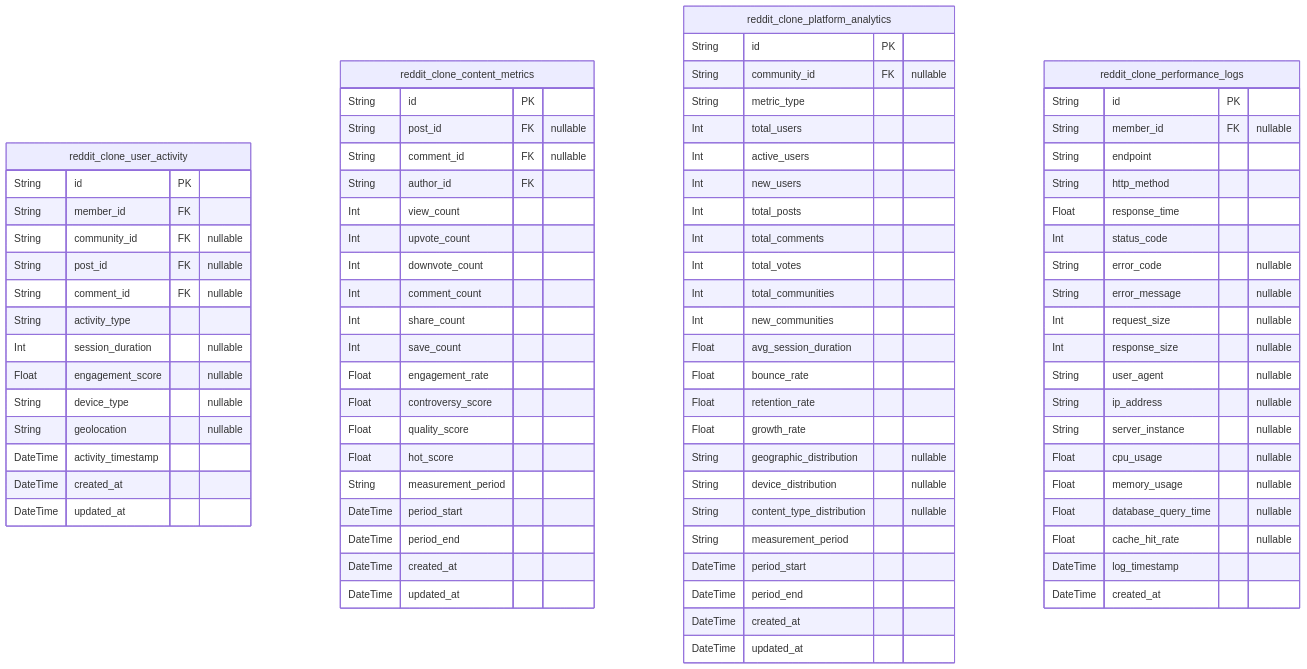
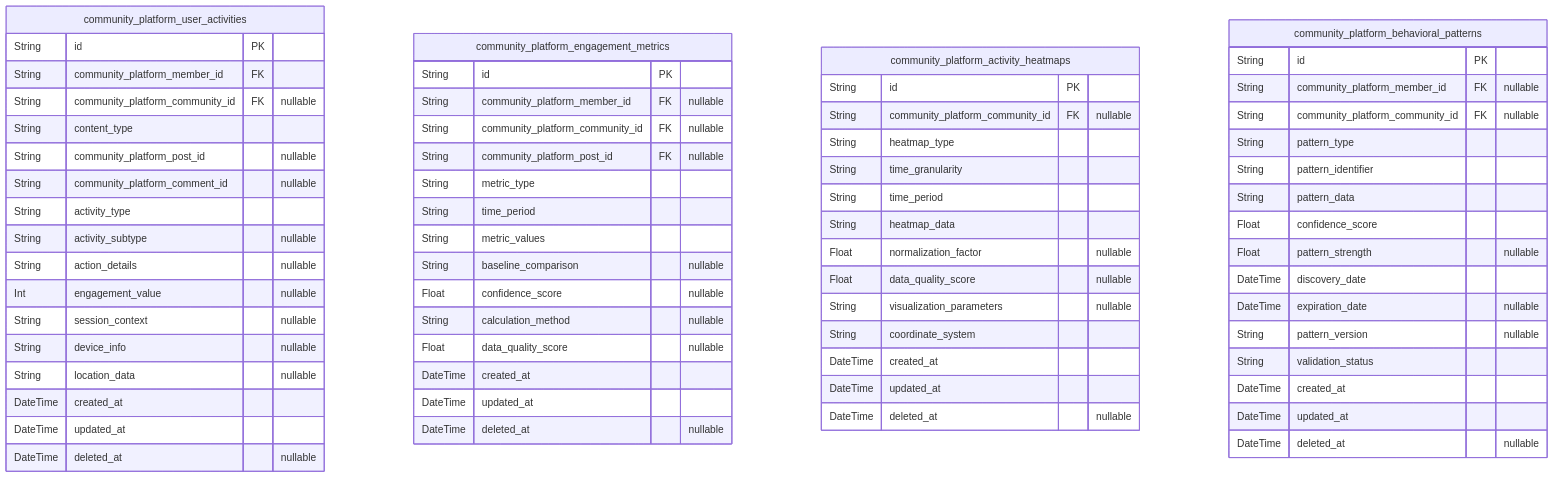
One commit to wrtnlabs/autobe-examples changed the ninth of 10 diagrams in deepseek/deepseek-v3.1-terminus-exacto/reddit/docs/ERD.md. Above: the diagram before and after it, drawn with Mermaid. The commit also changed other lines of this file and 22498 other files, not shown here.

````diff
--- a/deepseek/deepseek-v3.1-terminus-exacto/reddit/docs/ERD.md
+++ b/deepseek/deepseek-v3.1-terminus-exacto/reddit/docs/ERD.md
@@ -1396,85 +2279,69 @@
 ```mermaid
 erDiagram
-"reddit_clone_user_activity" {
+"community_platform_user_activities" {
   String id PK
-  String member_id FK
-  String community_id FK "nullable"
-  String post_id FK "nullable"
-  String comment_id FK "nullable"
+  String community_platform_member_id FK
+  String community_platform_community_id FK "nullable"
+  String content_type
+  String community_platform_post_id "nullable"
+  String community_platform_comment_id "nullable"
   String activity_type
-  Int session_duration "nullable"
-  Float engagement_score "nullable"
-  String device_type "nullable"
-  String geolocation "nullable"
-  DateTime activity_timestamp
+  String activity_subtype "nullable"
+  String action_details "nullable"
+  Int engagement_value "nullable"
+  String session_context "nullable"
+  String device_info "nullable"
+  String location_data "nullable"
   DateTime created_at
   DateTime updated_at
+  DateTime deleted_at "nullable"
 }
-"reddit_clone_content_metrics" {
+"community_platform_engagement_metrics" {
   String id PK
-  String post_id FK "nullable"
-  String comment_id FK "nullable"
-  String author_id FK
-  Int view_count
-  Int upvote_count
-  Int downvote_count
-  Int comment_count
-  Int share_count
-  Int save_count
-  Float engagement_rate
-  Float controversy_score
-  Float quality_score
-  Float hot_score
-  String measurement_period
-  DateTime period_start
-  DateTime period_end
+  String community_platform_member_id FK "nullable"
+  String community_platform_community_id FK "nullable"
+  String community_platform_post_id FK "nullable"
+  String metric_type
+  String time_period
+  String metric_values
+  String baseline_comparison "nullable"
+  Float confidence_score "nullable"
+  String calculation_method "nullable"
+  Float data_quality_score "nullable"
   DateTime created_at
   DateTime updated_at
+  DateTime deleted_at "nullable"
 }
-"reddit_clone_platform_analytics" {
+"community_platform_activity_heatmaps" {
   String id PK
-  String community_id FK "nullable"
-  String metric_type
-  Int total_users
-  Int active_users
-  Int new_users
-  Int total_posts
-  Int total_comments
-  Int total_votes
-  Int total_communities
-  Int new_communities
-  Float avg_session_duration
-  Float bounce_rate
-  Float retention_rate
-  Float growth_rate
-  String geographic_distribution "nullable"
-  String device_distribution "nullable"
-  String content_type_distribution "nullable"
-  String measurement_period
-  DateTime period_start
-  DateTime period_end
+  String community_platform_community_id FK "nullable"
+  String heatmap_type
+  String time_granularity
+  String time_period
+  String heatmap_data
+  Float normalization_factor "nullable"
+  Float data_quality_score "nullable"
+  String visualization_parameters "nullable"
+  String coordinate_system
   DateTime created_at
   DateTime updated_at
+  DateTime deleted_at "nullable"
 }
-"reddit_clone_performance_logs" {
+"community_platform_behavioral_patterns" {
   String id PK
-  String member_id FK "nullable"
-  String endpoint
-  String http_method
-  Float response_time
-  Int status_code
-  String error_code "nullable"
-  String error_message "nullable"
-  Int request_size "nullable"
-  Int response_size "nullable"
-  String user_agent "nullable"
-  String ip_address "nullable"
-  String server_instance "nullable"
-  Float cpu_usage "nullable"
-  Float memory_usage "nullable"
-  Float database_query_time "nullable"
-  Float cache_hit_rate "nullable"
-  DateTime log_timestamp
+  String community_platform_member_id FK "nullable"
+  String community_platform_community_id FK "nullable"
+  String pattern_type
+  String pattern_identifier
+  String pattern_data
+  Float confidence_score
+  Float pattern_strength "nullable"
+  DateTime discovery_date
+  DateTime expiration_date "nullable"
+  String pattern_version "nullable"
+  String validation_status
   DateTime created_at
+  DateTime updated_at
+  DateTime deleted_at "nullable"
 }
 ```
````
